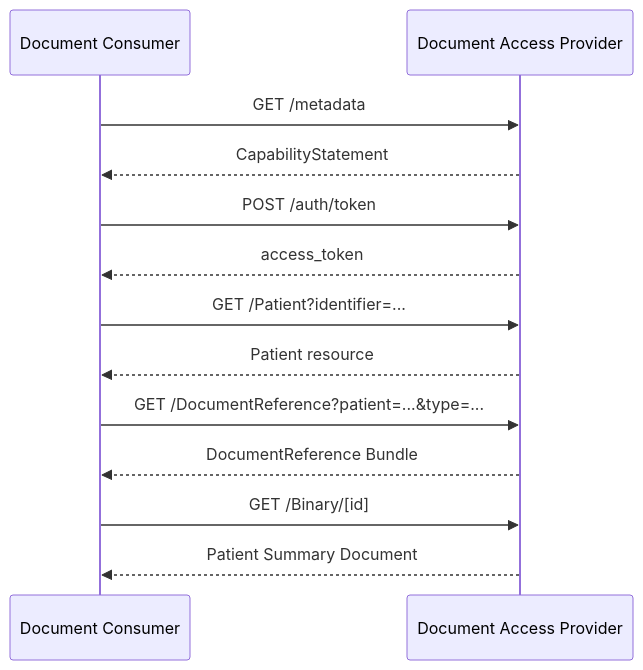
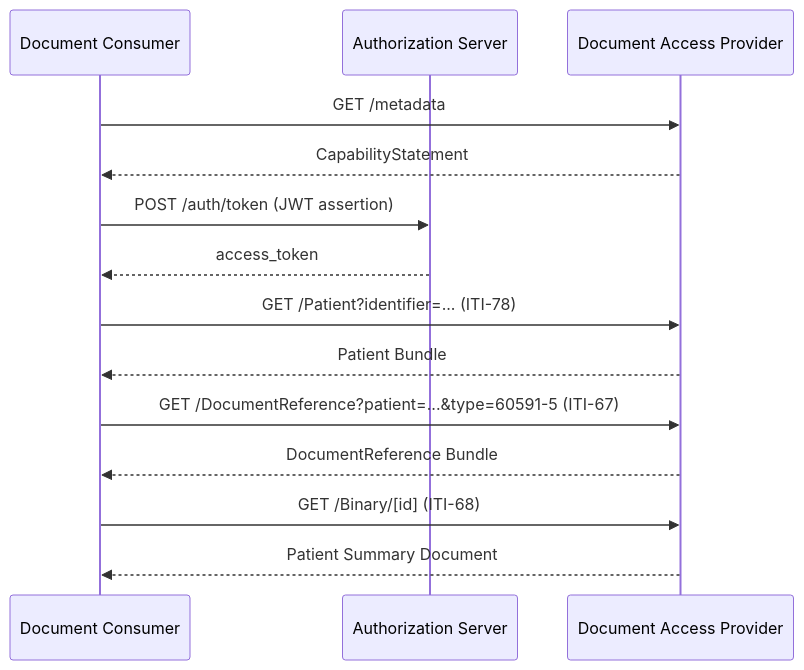
One commit to euridice-org/jwg-api changed the diagram in input/pagecontent/example-patient-summary.md. Above: the diagram before and after it, drawn with Mermaid. The commit also changed other lines of this file and 9 other files, not shown here.

First line of the commit message:
Add Resource Access CapabilityStatements, examples, and fix broken links

````diff
--- a/input/pagecontent/example-patient-summary.md
+++ b/input/pagecontent/example-patient-summary.md
@@ -81,20 +146,21 @@
 ```mermaid
 sequenceDiagram
     participant Consumer as Document Consumer
+    participant AuthZ as Authorization Server
     participant Provider as Document Access Provider
 
     Consumer->>Provider: GET /metadata
     Provider-->>Consumer: CapabilityStatement
 
-    Consumer->>Provider: POST /auth/token
-    Provider-->>Consumer: access_token
+    Consumer->>AuthZ: POST /auth/token (JWT assertion)
+    AuthZ-->>Consumer: access_token
 
-    Consumer->>Provider: GET /Patient?identifier=...
-    Provider-->>Consumer: Patient resource
+    Consumer->>Provider: GET /Patient?identifier=... (ITI-78)
+    Provider-->>Consumer: Patient Bundle
 
-    Consumer->>Provider: GET /DocumentReference?patient=...&type=...
+    Consumer->>Provider: GET /DocumentReference?patient=...&type=60591-5 (ITI-67)
     Provider-->>Consumer: DocumentReference Bundle
 
-    Consumer->>Provider: GET /Binary/[id]
+    Consumer->>Provider: GET /Binary/[id] (ITI-68)
     Provider-->>Consumer: Patient Summary Document
 ```
````
